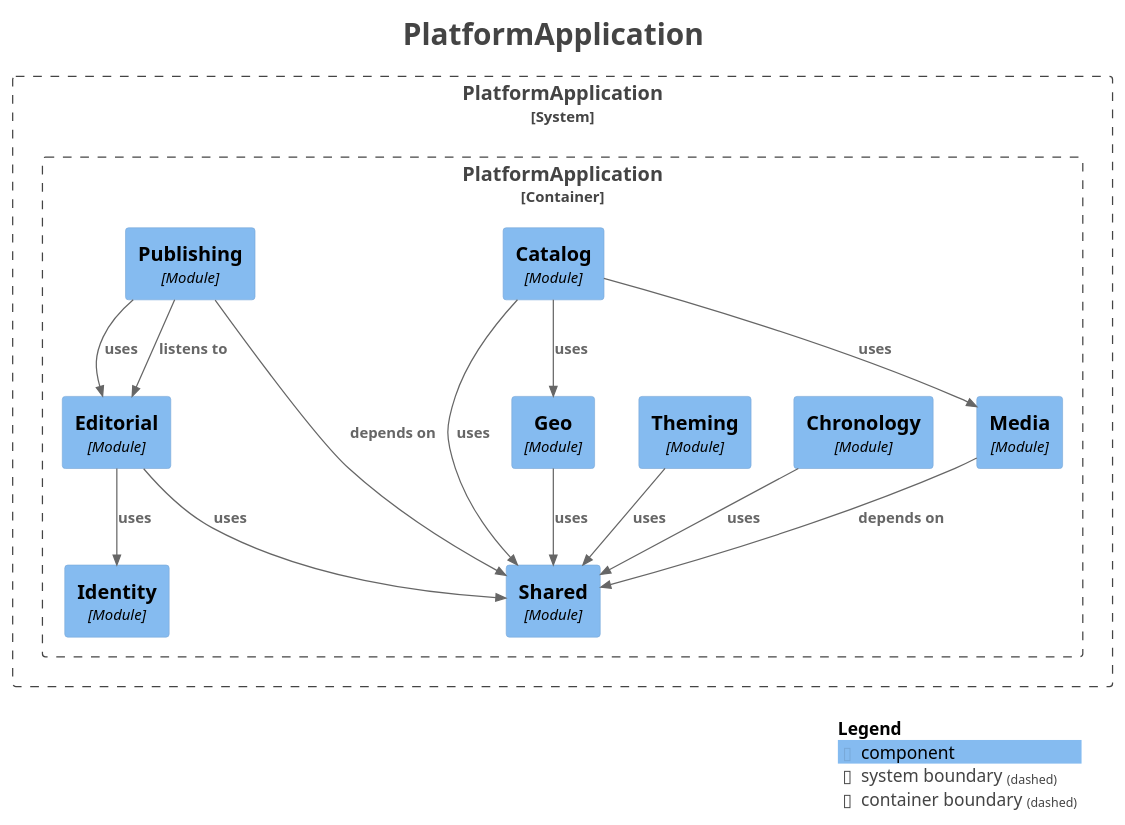
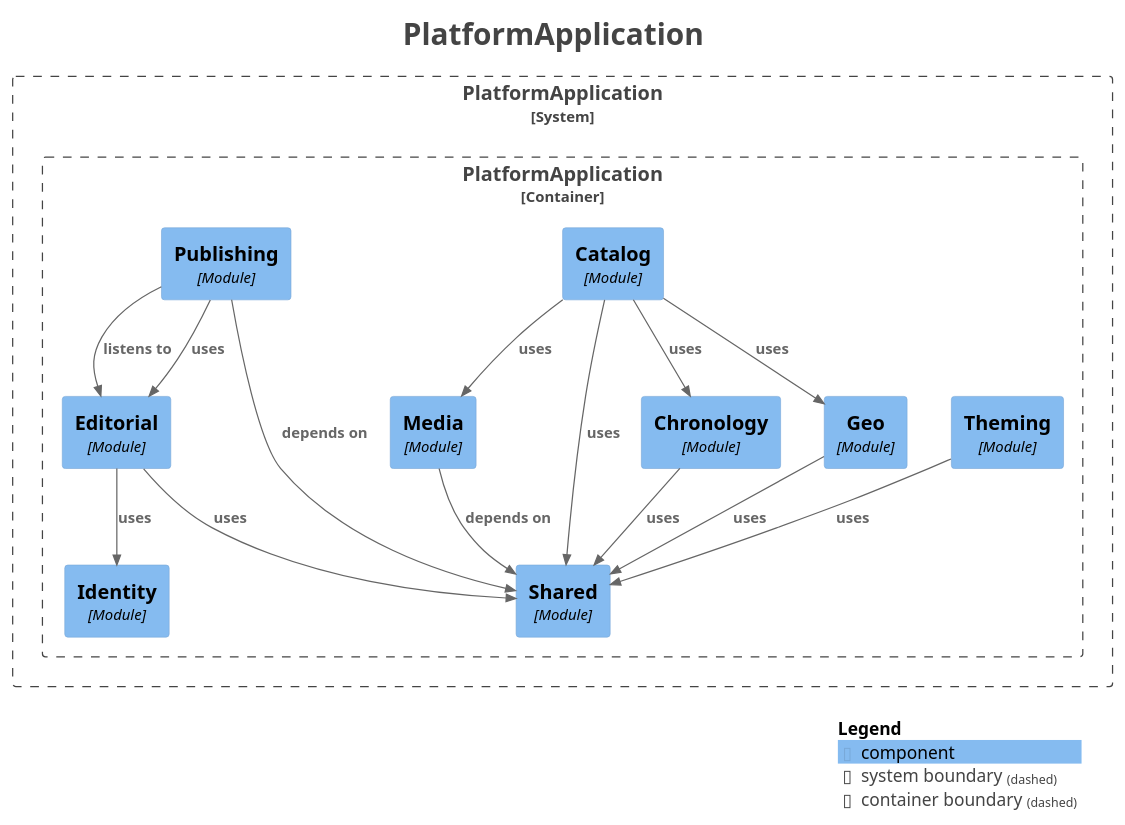
One commit to Asiman77/HistoryAsAGame changed the diagram in docs/modules/components.puml. Above: the diagram before and after it, drawn with PlantUML. The commit also changed 8 other files, not shown here.

Commit message:
docs: phase 9 notes, ADR-0015 (geo and chronology queries) and module docs

```diff
--- a/docs/modules/components.puml
+++ b/docs/modules/components.puml
@@ -1,48 +1,49 @@
 @startuml
 title <size:24>PlatformApplication</size>
 
 set separator none
 top to bottom direction
 
 <style>
   root {
     BackgroundColor: #ffffff
     FontColor: #444444
   }
 </style>
 
 !include <C4/C4>
 !include <C4/C4_Context>
 !include <C4/C4_Component>
 
 System_Boundary("PlatformApplication_boundary", "PlatformApplication", $tags="") {
   Container_Boundary("PlatformApplication.PlatformApplication_boundary", "PlatformApplication", $tags="") {
     Component(PlatformApplication.PlatformApplication.Theming, "Theming", $techn="Module", $descr="", $tags="", $link="")
     Component(PlatformApplication.PlatformApplication.Catalog, "Catalog", $techn="Module", $descr="", $tags="", $link="")
     Component(PlatformApplication.PlatformApplication.Publishing, "Publishing", $techn="Module", $descr="", $tags="", $link="")
     Component(PlatformApplication.PlatformApplication.Identity, "Identity", $techn="Module", $descr="", $tags="", $link="")
     Component(PlatformApplication.PlatformApplication.Shared, "Shared", $techn="Module", $descr="", $tags="", $link="")
     Component(PlatformApplication.PlatformApplication.Chronology, "Chronology", $techn="Module", $descr="", $tags="", $link="")
     Component(PlatformApplication.PlatformApplication.Editorial, "Editorial", $techn="Module", $descr="", $tags="", $link="")
     Component(PlatformApplication.PlatformApplication.Geo, "Geo", $techn="Module", $descr="", $tags="", $link="")
     Component(PlatformApplication.PlatformApplication.Media, "Media", $techn="Module", $descr="", $tags="", $link="")
   }
 
 }
 
-Rel(PlatformApplication.PlatformApplication.Geo, PlatformApplication.PlatformApplication.Shared, "uses", $techn="", $tags="", $link="")
-Rel(PlatformApplication.PlatformApplication.Theming, PlatformApplication.PlatformApplication.Shared, "uses", $techn="", $tags="", $link="")
-Rel(PlatformApplication.PlatformApplication.Chronology, PlatformApplication.PlatformApplication.Shared, "uses", $techn="", $tags="", $link="")
-Rel(PlatformApplication.PlatformApplication.Media, PlatformApplication.PlatformApplication.Shared, "depends on", $techn="", $tags="", $link="")
 Rel(PlatformApplication.PlatformApplication.Editorial, PlatformApplication.PlatformApplication.Shared, "uses", $techn="", $tags="", $link="")
 Rel(PlatformApplication.PlatformApplication.Editorial, PlatformApplication.PlatformApplication.Identity, "uses", $techn="", $tags="", $link="")
-Rel(PlatformApplication.PlatformApplication.Catalog, PlatformApplication.PlatformApplication.Shared, "uses", $techn="", $tags="", $link="")
-Rel(PlatformApplication.PlatformApplication.Catalog, PlatformApplication.PlatformApplication.Geo, "uses", $techn="", $tags="", $link="")
-Rel(PlatformApplication.PlatformApplication.Catalog, PlatformApplication.PlatformApplication.Media, "uses", $techn="", $tags="", $link="")
+Rel(PlatformApplication.PlatformApplication.Geo, PlatformApplication.PlatformApplication.Shared, "uses", $techn="", $tags="", $link="")
 Rel(PlatformApplication.PlatformApplication.Publishing, PlatformApplication.PlatformApplication.Editorial, "listens to", $techn="", $tags="", $link="")
 Rel(PlatformApplication.PlatformApplication.Publishing, PlatformApplication.PlatformApplication.Shared, "depends on", $techn="", $tags="", $link="")
 Rel(PlatformApplication.PlatformApplication.Publishing, PlatformApplication.PlatformApplication.Editorial, "uses", $techn="", $tags="", $link="")
+Rel(PlatformApplication.PlatformApplication.Media, PlatformApplication.PlatformApplication.Shared, "depends on", $techn="", $tags="", $link="")
+Rel(PlatformApplication.PlatformApplication.Chronology, PlatformApplication.PlatformApplication.Shared, "uses", $techn="", $tags="", $link="")
+Rel(PlatformApplication.PlatformApplication.Catalog, PlatformApplication.PlatformApplication.Shared, "uses", $techn="", $tags="", $link="")
+Rel(PlatformApplication.PlatformApplication.Catalog, PlatformApplication.PlatformApplication.Chronology, "uses", $techn="", $tags="", $link="")
+Rel(PlatformApplication.PlatformApplication.Catalog, PlatformApplication.PlatformApplication.Geo, "uses", $techn="", $tags="", $link="")
+Rel(PlatformApplication.PlatformApplication.Catalog, PlatformApplication.PlatformApplication.Media, "uses", $techn="", $tags="", $link="")
+Rel(PlatformApplication.PlatformApplication.Theming, PlatformApplication.PlatformApplication.Shared, "uses", $techn="", $tags="", $link="")
 
 SHOW_LEGEND(true)
 hide stereotypes
 @enduml
```
